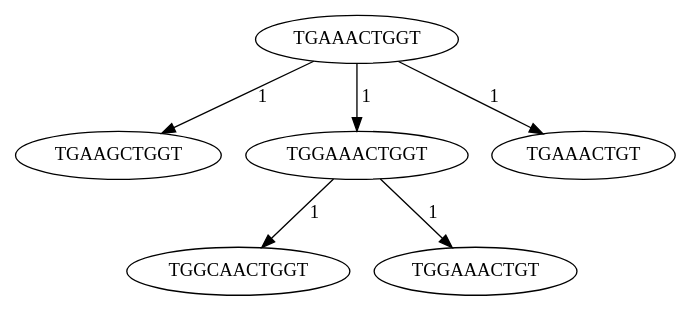
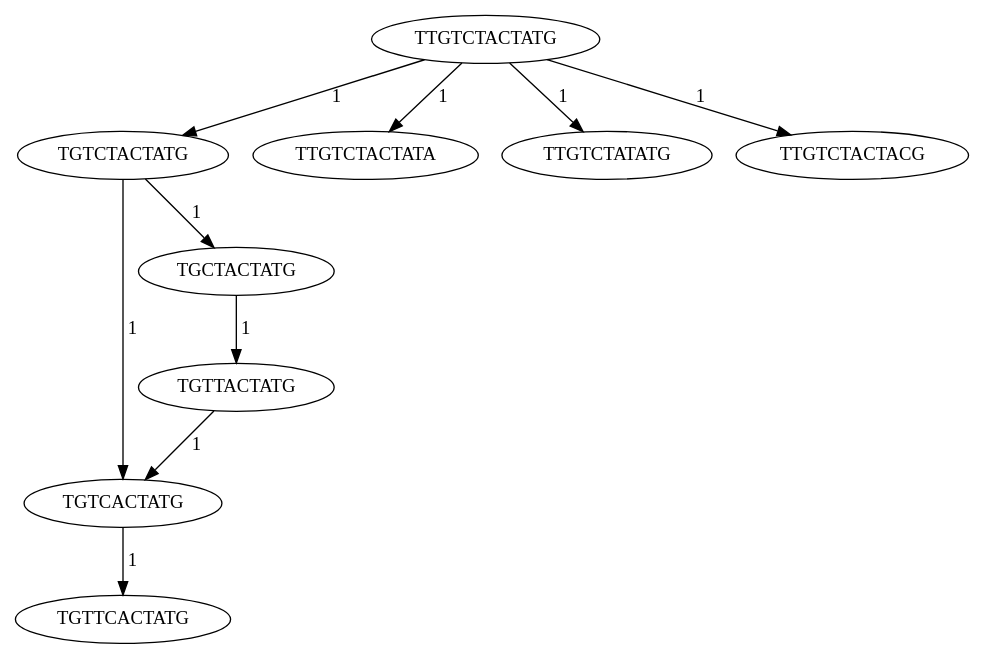
One commit to JeanSebastienBach/Stage_Alignement changed the diagram in arbreMutation.dot. Above: the diagram before and after it, drawn with Graphviz. The commit also changed 8 other files, not shown here.

```diff
--- a/arbreMutation.dot
+++ b/arbreMutation.dot
@@ -1,12 +1,20 @@
 digraph mutation { 
-"TGAAACTGGT" -> "TGAAGCTGGT" [label=" 1"];
-// TGAAACTGGT TGAAGCTGGT 1
-"TGAAACTGGT" -> "TGGAAACTGGT" [label=" 1"];
-// TGAAACTGGT TGGAAACTGGT 1
-"TGGAAACTGGT" -> "TGGCAACTGGT" [label=" 1"];
-// TGGAAACTGGT TGGCAACTGGT 1
-"TGGAAACTGGT" -> "TGGAAACTGT" [label=" 1"];
-// TGGAAACTGGT TGGAAACTGT 1
-"TGAAACTGGT" -> "TGAAACTGT" [label=" 1"];
-// TGAAACTGGT TGAAACTGT 1
+"TTGTCTACTATG" -> "TGTCTACTATG" [label=" 1"];
+// TTGTCTACTATG TGTCTACTATG 1
+"TGTCTACTATG" -> "TGTCACTATG" [label=" 1"];
+// TGTCTACTATG TGTCACTATG 1
+"TTGTCTACTATG" -> "TTGTCTACTATA" [label=" 1"];
+// TTGTCTACTATG TTGTCTACTATA 1
+"TGTCTACTATG" -> "TGCTACTATG" [label=" 1"];
+// TGTCTACTATG TGCTACTATG 1
+"TGTCACTATG" -> "TGTTCACTATG" [label=" 1"];
+// TGTCACTATG TGTTCACTATG 1
+"TGCTACTATG" -> "TGTTACTATG" [label=" 1"];
+// TGCTACTATG TGTTACTATG 1
+"TGTTACTATG" -> "TGTCACTATG" [label=" 1"];
+// TGTTACTATG TGTCACTATG 1
+"TTGTCTACTATG" -> "TTGTCTATATG" [label=" 1"];
+// TTGTCTACTATG TTGTCTATATG 1
+"TTGTCTACTATG" -> "TTGTCTACTACG" [label=" 1"];
+// TTGTCTACTATG TTGTCTACTACG 1
 }
```
